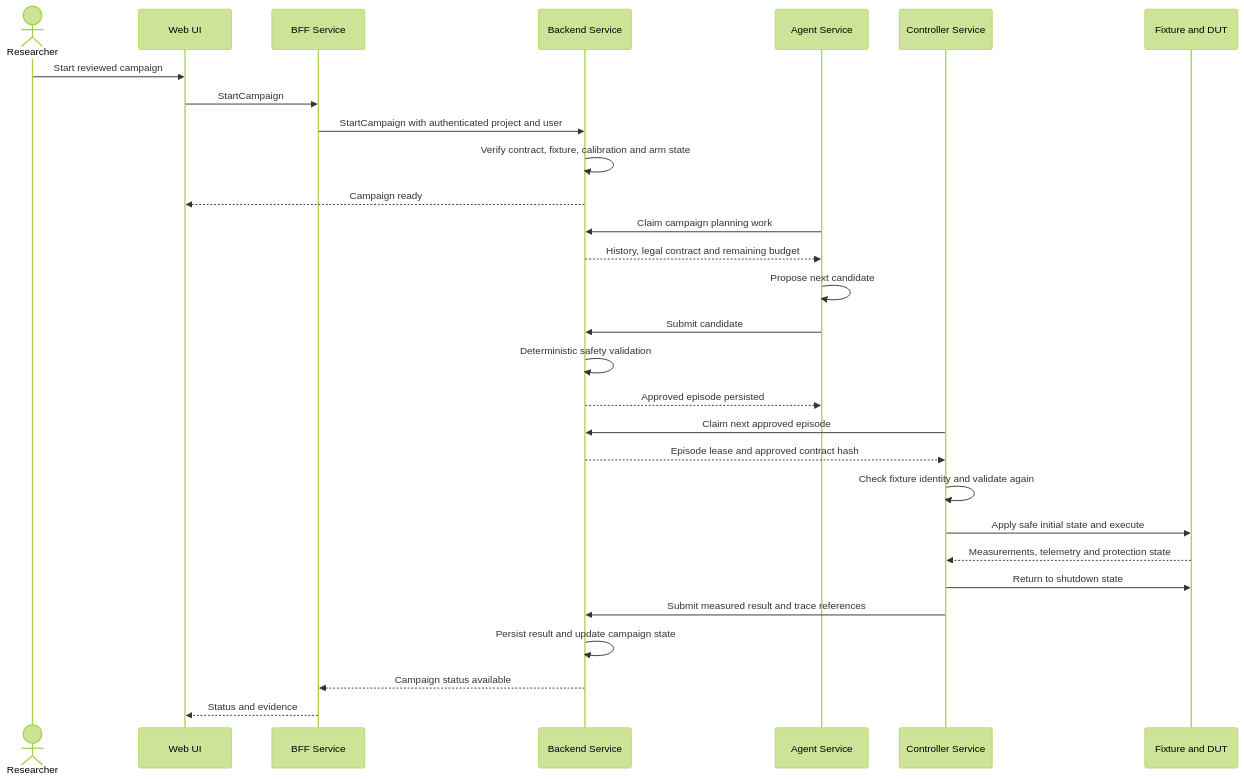
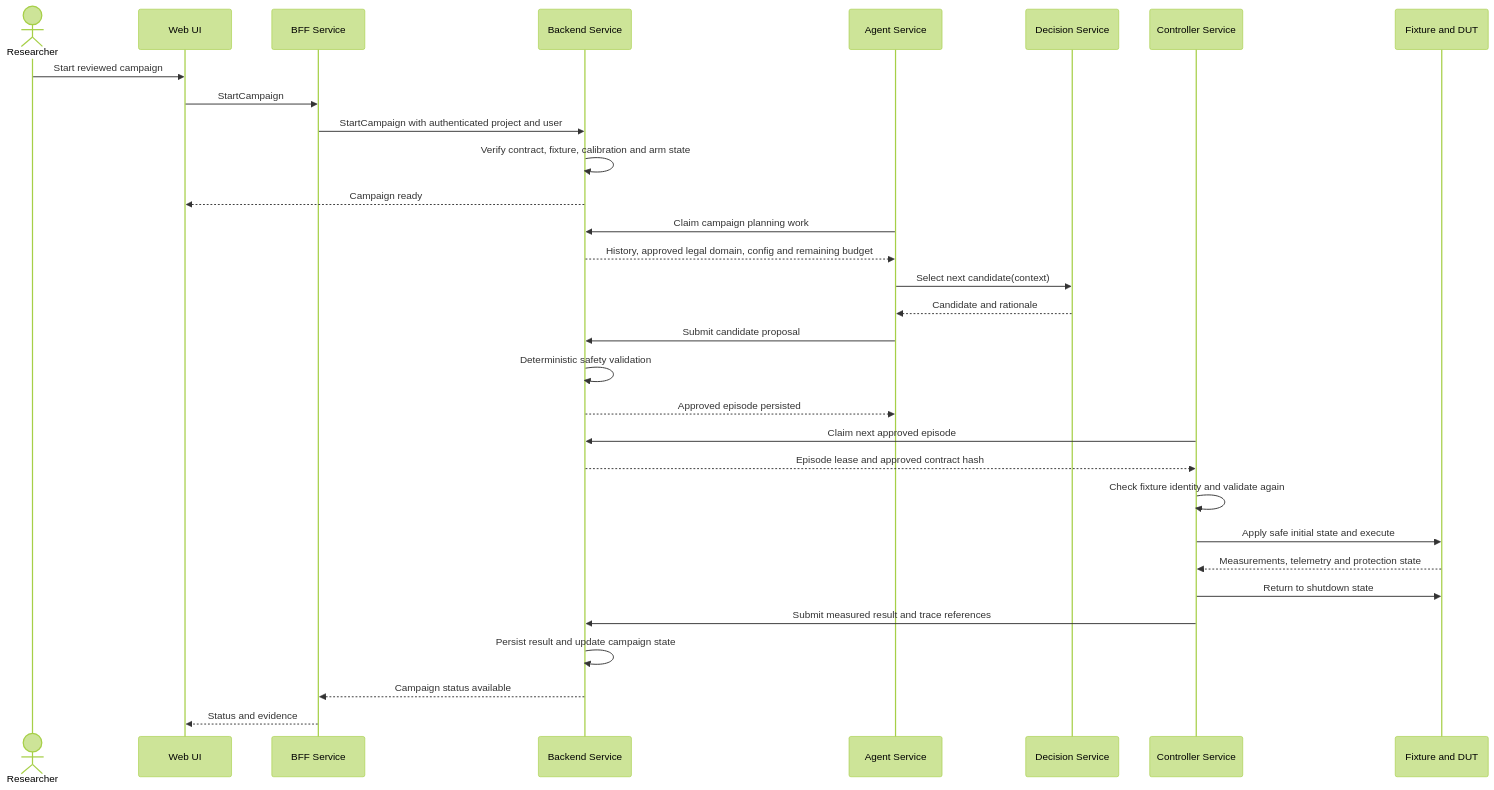
Before and after one commit to overclocked-2124/ChipCheck: the third of 3 diagrams in docs/01-activequal-system-context-and-platform-boundaries.md, drawn with Mermaid (forest theme). The commit also changed other lines of this file and 1 other file, not shown here.

Commit message:
docs: separate decision service from campaign orchestration

````diff
--- a/docs/01-activequal-system-context-and-platform-boundaries.md
+++ b/docs/01-activequal-system-context-and-platform-boundaries.md
@@ -280,34 +290,36 @@
 ```mermaid
 sequenceDiagram
     actor Researcher
     participant UI as Web UI
     participant BFF as BFF Service
     participant API as Backend Service
     participant W as Agent Service
+    participant D as Decision Service
     participant A as Controller Service
     participant H as Fixture and DUT
 
     Researcher->>UI: Start reviewed campaign
     UI->>BFF: StartCampaign
     BFF->>API: StartCampaign with authenticated project and user
     API->>API: Verify contract, fixture, calibration and arm state
     API-->>UI: Campaign ready
 
     W->>API: Claim campaign planning work
-    API-->>W: History, legal contract and remaining budget
-    W->>W: Propose next candidate
-    W->>API: Submit candidate
+    API-->>W: History, approved legal domain, config and remaining budget
+    W->>D: Select next candidate(context)
+    D-->>W: Candidate and rationale
+    W->>API: Submit candidate proposal
     API->>API: Deterministic safety validation
     API-->>W: Approved episode persisted
 
     A->>API: Claim next approved episode
     API-->>A: Episode lease and approved contract hash
     A->>A: Check fixture identity and validate again
     A->>H: Apply safe initial state and execute
     H-->>A: Measurements, telemetry and protection state
     A->>H: Return to shutdown state
     A->>API: Submit measured result and trace references
     API->>API: Persist result and update campaign state
     API-->>BFF: Campaign status available
     BFF-->>UI: Status and evidence
 ```
````
